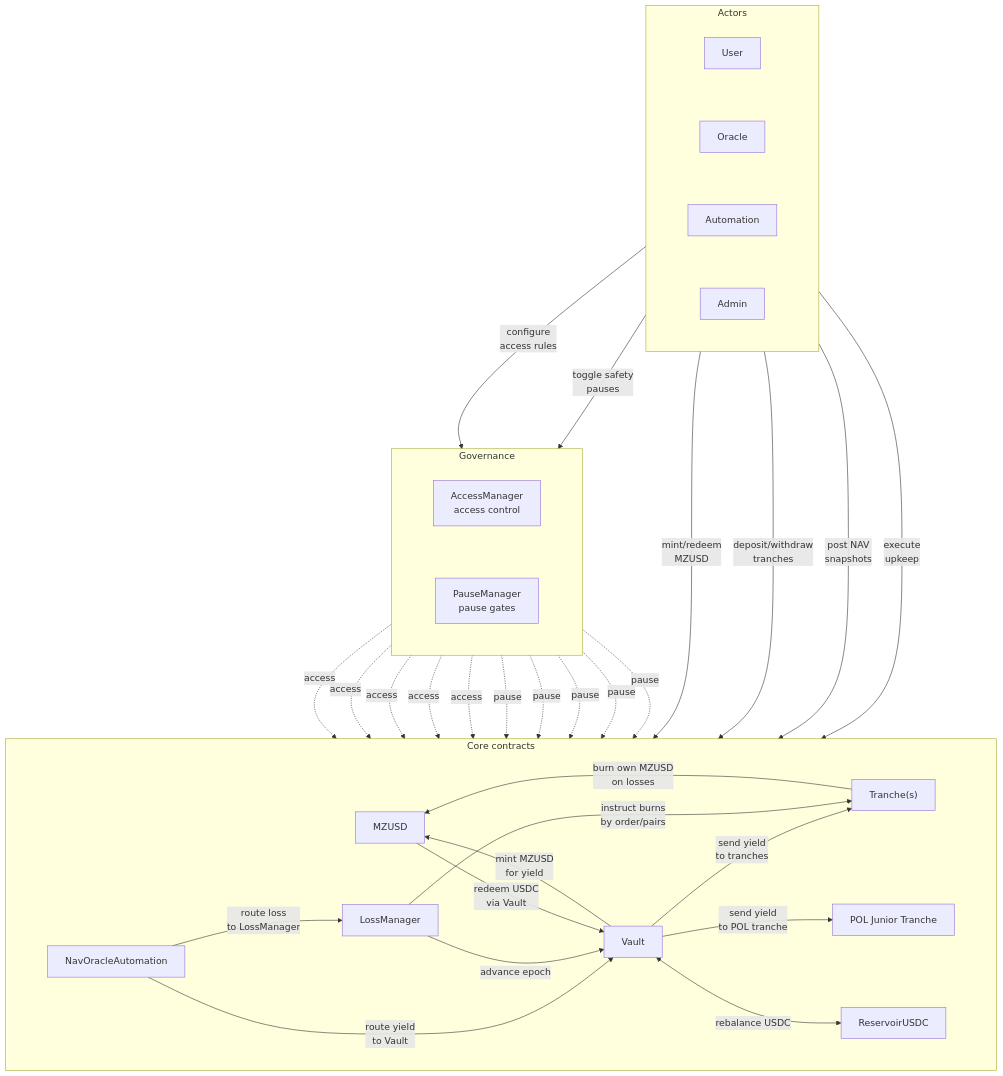
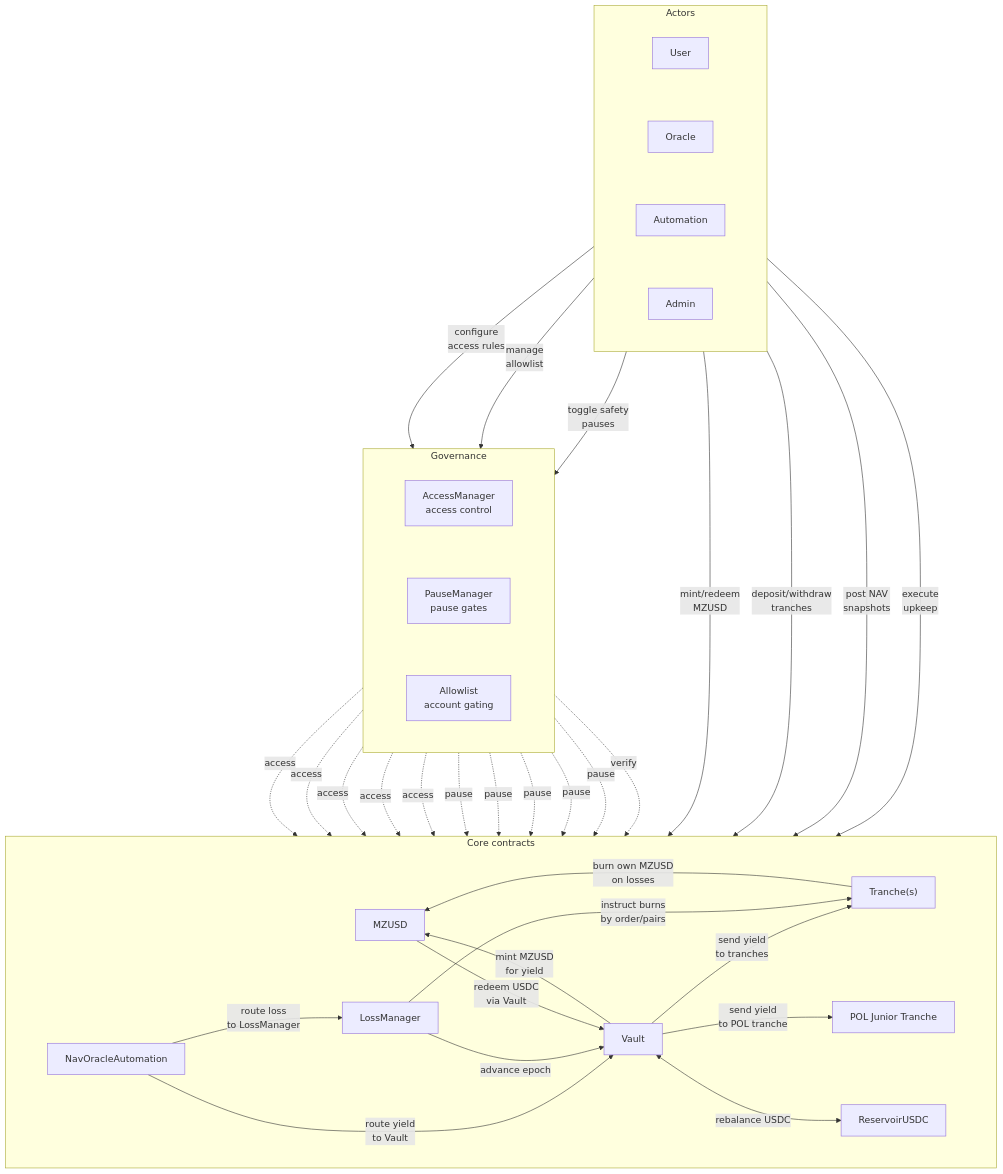
The first of 7 diagrams in documentation/protocol-diagrams.md (mezzanine-finance/smart-contracts), drawn with Mermaid before and after one commit. The commit also changed other lines of this file and 4 other files, not shown here.

````diff
--- a/documentation/protocol-diagrams.md
+++ b/documentation/protocol-diagrams.md
@@ -7,55 +7,58 @@
 ```mermaid
 %%{init: {'flowchart': {'nodeSpacing': 90, 'rankSpacing': 120}}}%%
 flowchart TB
   subgraph Actors
     direction LR
     User[User]
     Oracle[Oracle]
     Automation[Automation]
     Admin[Admin]
   end
 
   subgraph CoreContracts["Core contracts"]
     direction LR
     MZUSD[MZUSD]
     Vault[Vault]
     Tranches["Tranche(s)"]
     PolJunior[POL Junior Tranche]
     Reservoir[ReservoirUSDC]
     LossManager[LossManager]
     NavAuto[NavOracleAutomation]
   end
 
   subgraph Governance
     direction LR
     Access["AccessManager<br/>access control"]
     Pause["PauseManager<br/>pause gates"]
+    Allowlist["Allowlist<br/>account gating"]
   end
 
   User -->|mint/redeem<br/>MZUSD| MZUSD
   User -->|deposit/withdraw<br/>tranches| Tranches
   Oracle -->|post NAV<br/>snapshots| NavAuto
   Automation -->|execute<br/>upkeep| NavAuto
   NavAuto -->|route yield<br/>to Vault| Vault
   NavAuto -->|route loss<br/>to LossManager| LossManager
   LossManager -->|advance epoch| Vault
   Vault -->|mint MZUSD<br/>for yield| MZUSD
   MZUSD -->|redeem USDC<br/>via Vault| Vault
   Vault -->|send yield<br/>to tranches| Tranches
   Vault -->|send yield<br/>to POL tranche| PolJunior
   LossManager -->|instruct burns<br/>by order/pairs| Tranches
   Tranches -->|burn own MZUSD<br/>on losses| MZUSD
   Vault <--> |rebalance USDC| Reservoir
   Admin -->|configure<br/>access rules| Access
+  Admin -->|manage<br/>allowlist| Allowlist
   Admin -->|toggle safety<br/>pauses| Pause
   Access -.->|access| Vault
   Access -.->|access| Tranches
   Access -.->|access| MZUSD
   Access -.->|access| LossManager
   Access -.->|access| Reservoir
   Pause -.->|pause| Vault
   Pause -.->|pause| Tranches
   Pause -.->|pause| MZUSD
   Pause -.->|pause| LossManager
   Pause -.->|pause| Reservoir
+  Allowlist -.->|verify| MZUSD
 ```
````
